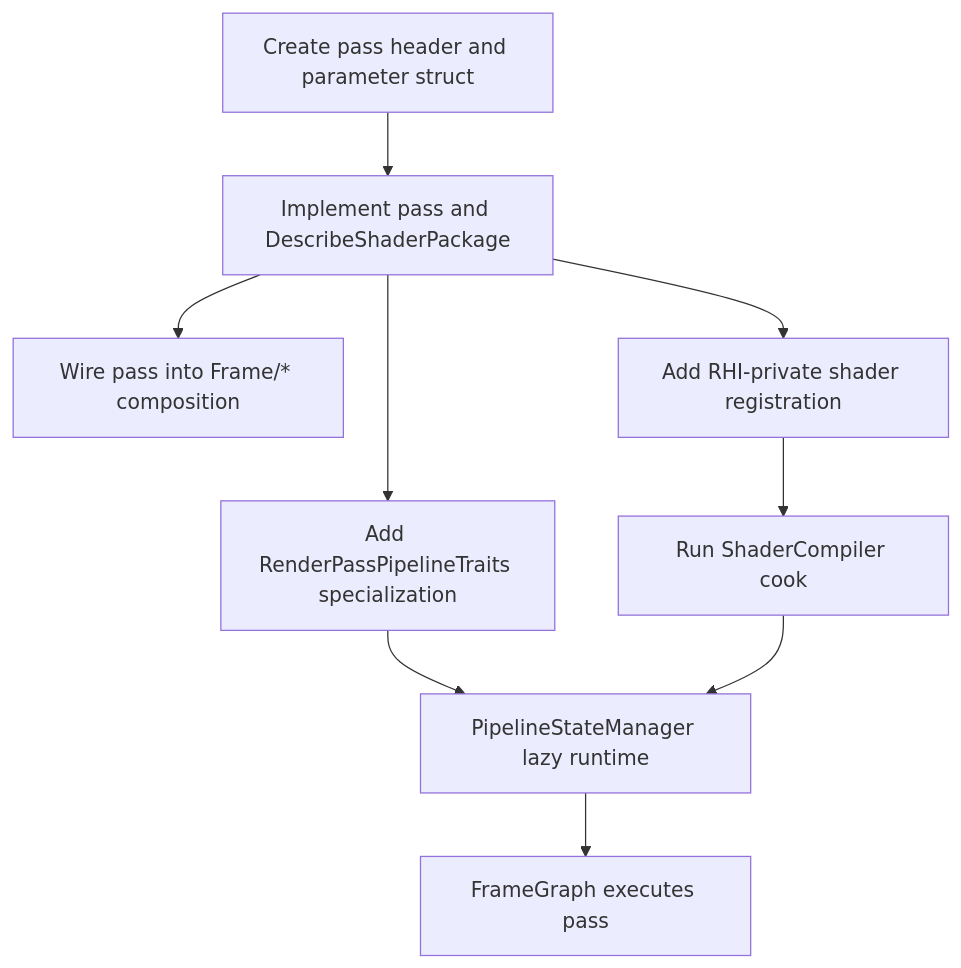
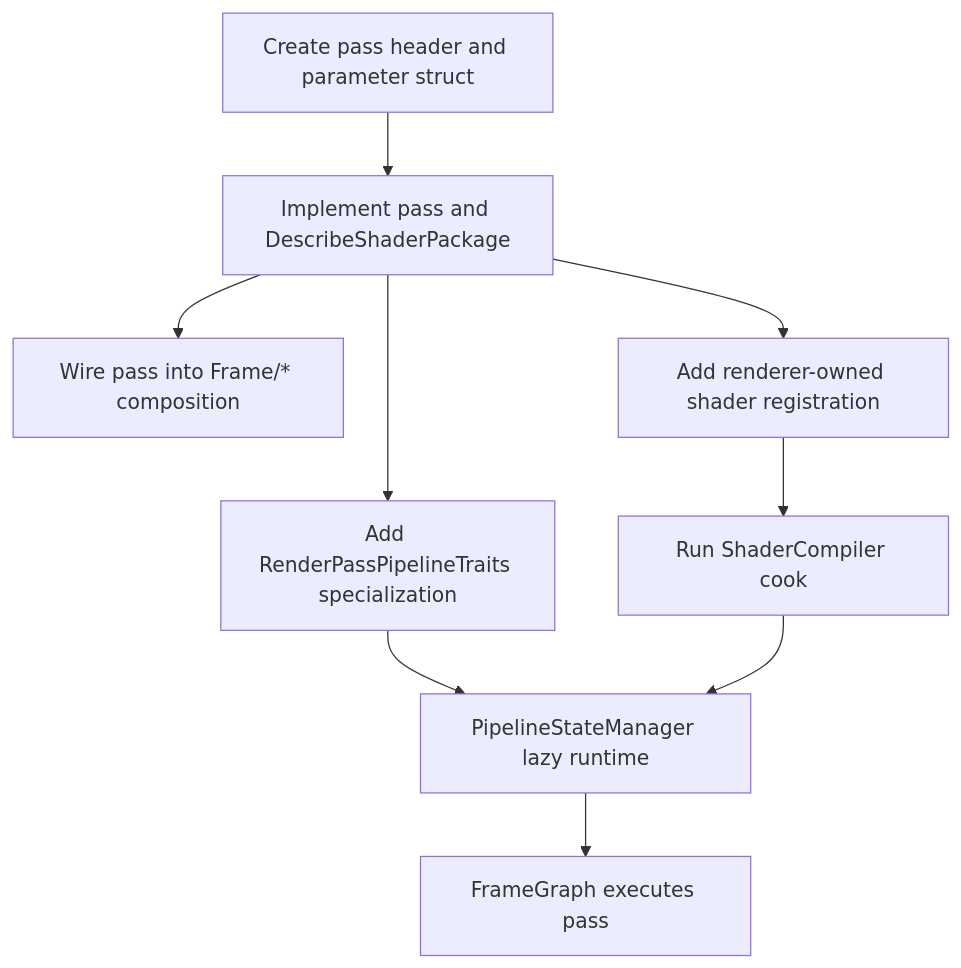
One commit to stoleckipawel/SparkleEngine changed the first of 2 diagrams in docs/architecture/pass-authoring-contract.md. Above: the diagram before and after it, drawn with Mermaid. The commit also changed other lines of this file and 31 other files, not shown here.

Commit message:
Move Renderer Shader Registration Out Of RHI

````diff
--- a/docs/architecture/pass-authoring-contract.md
+++ b/docs/architecture/pass-authoring-contract.md
@@ -48,20 +48,20 @@
 ```mermaid
 flowchart TD
     PassHeader[Create pass header and parameter struct]
     PassCpp[Implement pass and DescribeShaderPackage]
     Frame[Wire pass into Frame/* composition]
     Traits[Add RenderPassPipelineTraits specialization]
-    ShaderReg[Add RHI-private shader registration]
+    ShaderReg[Add renderer-owned shader registration]
     Cook[Run ShaderCompiler cook]
     Runtime[PipelineStateManager lazy runtime]
     Execute[FrameGraph executes pass]
 
     PassHeader --> PassCpp
     PassCpp --> Frame
     PassCpp --> Traits
     PassCpp --> ShaderReg
     ShaderReg --> Cook
     Traits --> Runtime
     Cook --> Runtime
     Runtime --> Execute
 ```
````
